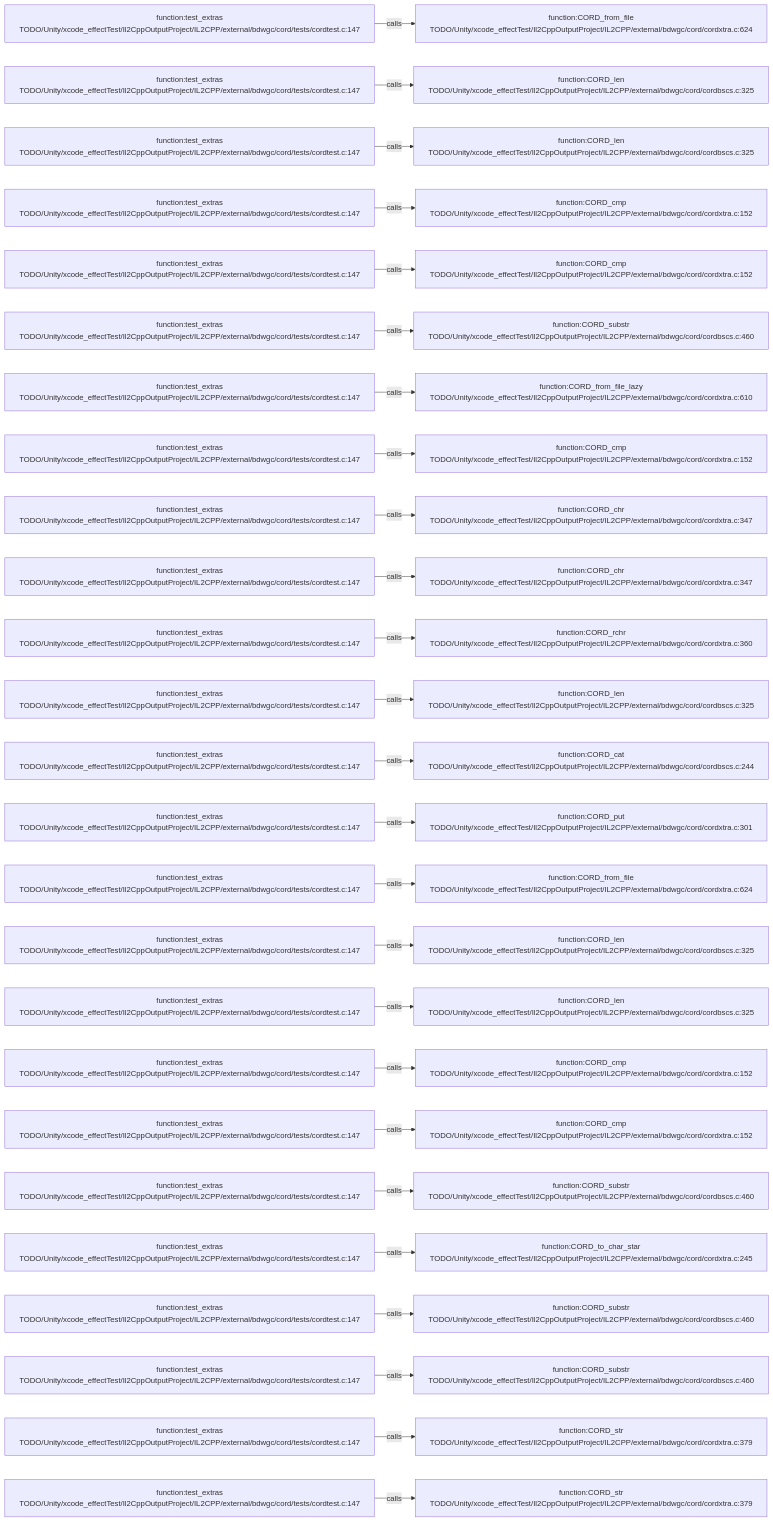
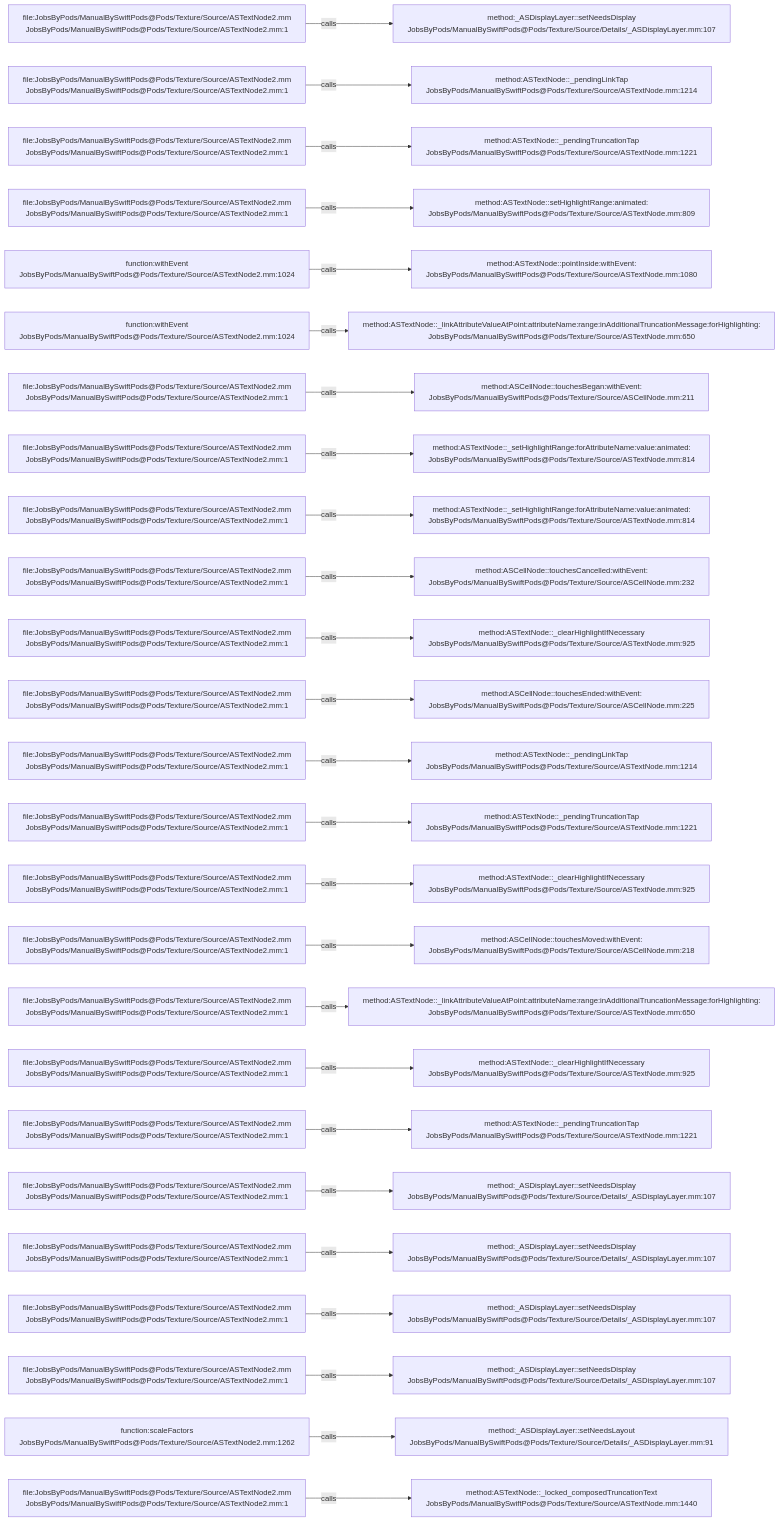
The diagram in .codegraph/codegraph.md/graphs/calls-091.md (JobsKits/JobsSwiftBaseConfigDemo), drawn with Mermaid before and after one commit. The commit also changed 2959 other files, not shown here.

````diff
--- a/.codegraph/codegraph.md/graphs/calls-091.md
+++ b/.codegraph/codegraph.md/graphs/calls-091.md
@@ -13,78 +13,78 @@
 ```mermaid
 flowchart LR
-  S1["function:test_extras<br/>TODO/Unity/xcode_effectTest/Il2CppOutputProject/IL2CPP/external/bdwgc/cord/tests/cordtest.c:147"]
-  T1["function:CORD_from_file<br/>TODO/Unity/xcode_effectTest/Il2CppOutputProject/IL2CPP/external/bdwgc/cord/cordxtra.c:624"]
+  S1["file:JobsByPods/ManualBySwiftPods@Pods/Texture/Source/ASTextNode2.mm<br/>JobsByPods/ManualBySwiftPods@Pods/Texture/Source/ASTextNode2.mm:1"]
+  T1["method:_ASDisplayLayer::setNeedsDisplay<br/>JobsByPods/ManualBySwiftPods@Pods/Texture/Source/Details/_ASDisplayLayer.mm:107"]
   S1 -->|calls| T1
-  S2["function:test_extras<br/>TODO/Unity/xcode_effectTest/Il2CppOutputProject/IL2CPP/external/bdwgc/cord/tests/cordtest.c:147"]
-  T2["function:CORD_len<br/>TODO/Unity/xcode_effectTest/Il2CppOutputProject/IL2CPP/external/bdwgc/cord/cordbscs.c:325"]
+  S2["file:JobsByPods/ManualBySwiftPods@Pods/Texture/Source/ASTextNode2.mm<br/>JobsByPods/ManualBySwiftPods@Pods/Texture/Source/ASTextNode2.mm:1"]
+  T2["method:ASTextNode::_pendingLinkTap<br/>JobsByPods/ManualBySwiftPods@Pods/Texture/Source/ASTextNode.mm:1214"]
   S2 -->|calls| T2
-  S3["function:test_extras<br/>TODO/Unity/xcode_effectTest/Il2CppOutputProject/IL2CPP/external/bdwgc/cord/tests/cordtest.c:147"]
-  T3["function:CORD_len<br/>TODO/Unity/xcode_effectTest/Il2CppOutputProject/IL2CPP/external/bdwgc/cord/cordbscs.c:325"]
+  S3["file:JobsByPods/ManualBySwiftPods@Pods/Texture/Source/ASTextNode2.mm<br/>JobsByPods/ManualBySwiftPods@Pods/Texture/Source/ASTextNode2.mm:1"]
+  T3["method:ASTextNode::_pendingTruncationTap<br/>JobsByPods/ManualBySwiftPods@Pods/Texture/Source/ASTextNode.mm:1221"]
   S3 -->|calls| T3
-  S4["function:test_extras<br/>TODO/Unity/xcode_effectTest/Il2CppOutputProject/IL2CPP/external/bdwgc/cord/tests/cordtest.c:147"]
-  T4["function:CORD_cmp<br/>TODO/Unity/xcode_effectTest/Il2CppOutputProject/IL2CPP/external/bdwgc/cord/cordxtra.c:152"]
+  S4["file:JobsByPods/ManualBySwiftPods@Pods/Texture/Source/ASTextNode2.mm<br/>JobsByPods/ManualBySwiftPods@Pods/Texture/Source/ASTextNode2.mm:1"]
+  T4["method:ASTextNode::setHighlightRange:animated:<br/>JobsByPods/ManualBySwiftPods@Pods/Texture/Source/ASTextNode.mm:809"]
   S4 -->|calls| T4
-  S5["function:test_extras<br/>TODO/Unity/xcode_effectTest/Il2CppOutputProject/IL2CPP/external/bdwgc/cord/tests/cordtest.c:147"]
-  T5["function:CORD_cmp<br/>TODO/Unity/xcode_effectTest/Il2CppOutputProject/IL2CPP/external/bdwgc/cord/cordxtra.c:152"]
+  S5["function:withEvent<br/>JobsByPods/ManualBySwiftPods@Pods/Texture/Source/ASTextNode2.mm:1024"]
+  T5["method:ASTextNode::pointInside:withEvent:<br/>JobsByPods/ManualBySwiftPods@Pods/Texture/Source/ASTextNode.mm:1080"]
   S5 -->|calls| T5
-  S6["function:test_extras<br/>TODO/Unity/xcode_effectTest/Il2CppOutputProject/IL2CPP/external/bdwgc/cord/tests/cordtest.c:147"]
-  T6["function:CORD_substr<br/>TODO/Unity/xcode_effectTest/Il2CppOutputProject/IL2CPP/external/bdwgc/cord/cordbscs.c:460"]
+  S6["function:withEvent<br/>JobsByPods/ManualBySwiftPods@Pods/Texture/Source/ASTextNode2.mm:1024"]
+  T6["method:ASTextNode::_linkAttributeValueAtPoint:attributeName:range:inAdditionalTruncationMessage:forHighlighting:<br/>JobsByPods/ManualBySwiftPods@Pods/Texture/Source/ASTextNode.mm:650"]
   S6 -->|calls| T6
-  S7["function:test_extras<br/>TODO/Unity/xcode_effectTest/Il2CppOutputProject/IL2CPP/external/bdwgc/cord/tests/cordtest.c:147"]
-  T7["function:CORD_from_file_lazy<br/>TODO/Unity/xcode_effectTest/Il2CppOutputProject/IL2CPP/external/bdwgc/cord/cordxtra.c:610"]
+  S7["file:JobsByPods/ManualBySwiftPods@Pods/Texture/Source/ASTextNode2.mm<br/>JobsByPods/ManualBySwiftPods@Pods/Texture/Source/ASTextNode2.mm:1"]
+  T7["method:ASCellNode::touchesBegan:withEvent:<br/>JobsByPods/ManualBySwiftPods@Pods/Texture/Source/ASCellNode.mm:211"]
   S7 -->|calls| T7
-  S8["function:test_extras<br/>TODO/Unity/xcode_effectTest/Il2CppOutputProject/IL2CPP/external/bdwgc/cord/tests/cordtest.c:147"]
-  T8["function:CORD_cmp<br/>TODO/Unity/xcode_effectTest/Il2CppOutputProject/IL2CPP/external/bdwgc/cord/cordxtra.c:152"]
+  S8["file:JobsByPods/ManualBySwiftPods@Pods/Texture/Source/ASTextNode2.mm<br/>JobsByPods/ManualBySwiftPods@Pods/Texture/Source/ASTextNode2.mm:1"]
+  T8["method:ASTextNode::_setHighlightRange:forAttributeName:value:animated:<br/>JobsByPods/ManualBySwiftPods@Pods/Texture/Source/ASTextNode.mm:814"]
   S8 -->|calls| T8
-  S9["function:test_extras<br/>TODO/Unity/xcode_effectTest/Il2CppOutputProject/IL2CPP/external/bdwgc/cord/tests/cordtest.c:147"]
-  T9["function:CORD_chr<br/>TODO/Unity/xcode_effectTest/Il2CppOutputProject/IL2CPP/external/bdwgc/cord/cordxtra.c:347"]
+  S9["file:JobsByPods/ManualBySwiftPods@Pods/Texture/Source/ASTextNode2.mm<br/>JobsByPods/ManualBySwiftPods@Pods/Texture/Source/ASTextNode2.mm:1"]
+  T9["method:ASTextNode::_setHighlightRange:forAttributeName:value:animated:<br/>JobsByPods/ManualBySwiftPods@Pods/Texture/Source/ASTextNode.mm:814"]
   S9 -->|calls| T9
-  S10["function:test_extras<br/>TODO/Unity/xcode_effectTest/Il2CppOutputProject/IL2CPP/external/bdwgc/cord/tests/cordtest.c:147"]
-  T10["function:CORD_chr<br/>TODO/Unity/xcode_effectTest/Il2CppOutputProject/IL2CPP/external/bdwgc/cord/cordxtra.c:347"]
+  S10["file:JobsByPods/ManualBySwiftPods@Pods/Texture/Source/ASTextNode2.mm<br/>JobsByPods/ManualBySwiftPods@Pods/Texture/Source/ASTextNode2.mm:1"]
+  T10["method:ASCellNode::touchesCancelled:withEvent:<br/>JobsByPods/ManualBySwiftPods@Pods/Texture/Source/ASCellNode.mm:232"]
   S10 -->|calls| T10
-  S11["function:test_extras<br/>TODO/Unity/xcode_effectTest/Il2CppOutputProject/IL2CPP/external/bdwgc/cord/tests/cordtest.c:147"]
-  T11["function:CORD_rchr<br/>TODO/Unity/xcode_effectTest/Il2CppOutputProject/IL2CPP/external/bdwgc/cord/cordxtra.c:360"]
+  S11["file:JobsByPods/ManualBySwiftPods@Pods/Texture/Source/ASTextNode2.mm<br/>JobsByPods/ManualBySwiftPods@Pods/Texture/Source/ASTextNode2.mm:1"]
+  T11["method:ASTextNode::_clearHighlightIfNecessary<br/>JobsByPods/ManualBySwiftPods@Pods/Texture/Source/ASTextNode.mm:925"]
   S11 -->|calls| T11
-  S12["function:test_extras<br/>TODO/Unity/xcode_effectTest/Il2CppOutputProject/IL2CPP/external/bdwgc/cord/tests/cordtest.c:147"]
-  T12["function:CORD_len<br/>TODO/Unity/xcode_effectTest/Il2CppOutputProject/IL2CPP/external/bdwgc/cord/cordbscs.c:325"]
+  S12["file:JobsByPods/ManualBySwiftPods@Pods/Texture/Source/ASTextNode2.mm<br/>JobsByPods/ManualBySwiftPods@Pods/Texture/Source/ASTextNode2.mm:1"]
+  T12["method:ASCellNode::touchesEnded:withEvent:<br/>JobsByPods/ManualBySwiftPods@Pods/Texture/Source/ASCellNode.mm:225"]
   S12 -->|calls| T12
-  S13["function:test_extras<br/>TODO/Unity/xcode_effectTest/Il2CppOutputProject/IL2CPP/external/bdwgc/cord/tests/cordtest.c:147"]
-  T13["function:CORD_cat<br/>TODO/Unity/xcode_effectTest/Il2CppOutputProject/IL2CPP/external/bdwgc/cord/cordbscs.c:244"]
+  S13["file:JobsByPods/ManualBySwiftPods@Pods/Texture/Source/ASTextNode2.mm<br/>JobsByPods/ManualBySwiftPods@Pods/Texture/Source/ASTextNode2.mm:1"]
+  T13["method:ASTextNode::_pendingLinkTap<br/>JobsByPods/ManualBySwiftPods@Pods/Texture/Source/ASTextNode.mm:1214"]
   S13 -->|calls| T13
-  S14["function:test_extras<br/>TODO/Unity/xcode_effectTest/Il2CppOutputProject/IL2CPP/external/bdwgc/cord/tests/cordtest.c:147"]
-  T14["function:CORD_put<br/>TODO/Unity/xcode_effectTest/Il2CppOutputProject/IL2CPP/external/bdwgc/cord/cordxtra.c:301"]
+  S14["file:JobsByPods/ManualBySwiftPods@Pods/Texture/Source/ASTextNode2.mm<br/>JobsByPods/ManualBySwiftPods@Pods/Texture/Source/ASTextNode2.mm:1"]
+  T14["method:ASTextNode::_pendingTruncationTap<br/>JobsByPods/ManualBySwiftPods@Pods/Texture/Source/ASTextNode.mm:1221"]
   S14 -->|calls| T14
-  S15["function:test_extras<br/>TODO/Unity/xcode_effectTest/Il2CppOutputProject/IL2CPP/external/bdwgc/cord/tests/cordtest.c:147"]
-  T15["function:CORD_from_file<br/>TODO/Unity/xcode_effectTest/Il2CppOutputProject/IL2CPP/external/bdwgc/cord/cordxtra.c:624"]
+  S15["file:JobsByPods/ManualBySwiftPods@Pods/Texture/Source/ASTextNode2.mm<br/>JobsByPods/ManualBySwiftPods@Pods/Texture/Source/ASTextNode2.mm:1"]
+  T15["method:ASTextNode::_clearHighlightIfNecessary<br/>JobsByPods/ManualBySwiftPods@Pods/Texture/Source/ASTextNode.mm:925"]
   S15 -->|calls| T15
-  S16["function:test_extras<br/>TODO/Unity/xcode_effectTest/Il2CppOutputProject/IL2CPP/external/bdwgc/cord/tests/cordtest.c:147"]
-  T16["function:CORD_len<br/>TODO/Unity/xcode_effectTest/Il2CppOutputProject/IL2CPP/external/bdwgc/cord/cordbscs.c:325"]
+  S16["file:JobsByPods/ManualBySwiftPods@Pods/Texture/Source/ASTextNode2.mm<br/>JobsByPods/ManualBySwiftPods@Pods/Texture/Source/ASTextNode2.mm:1"]
+  T16["method:ASCellNode::touchesMoved:withEvent:<br/>JobsByPods/ManualBySwiftPods@Pods/Texture/Source/ASCellNode.mm:218"]
   S16 -->|calls| T16
-  S17["function:test_extras<br/>TODO/Unity/xcode_effectTest/Il2CppOutputProject/IL2CPP/external/bdwgc/cord/tests/cordtest.c:147"]
-  T17["function:CORD_len<br/>TODO/Unity/xcode_effectTest/Il2CppOutputProject/IL2CPP/external/bdwgc/cord/cordbscs.c:325"]
+  S17["file:JobsByPods/ManualBySwiftPods@Pods/Texture/Source/ASTextNode2.mm<br/>JobsByPods/ManualBySwiftPods@Pods/Texture/Source/ASTextNode2.mm:1"]
+  T17["method:ASTextNode::_linkAttributeValueAtPoint:attributeName:range:inAdditionalTruncationMessage:forHighlighting:<br/>JobsByPods/ManualBySwiftPods@Pods/Texture/Source/ASTextNode.mm:650"]
   S17 -->|calls| T17
-  S18["function:test_extras<br/>TODO/Unity/xcode_effectTest/Il2CppOutputProject/IL2CPP/external/bdwgc/cord/tests/cordtest.c:147"]
-  T18["function:CORD_cmp<br/>TODO/Unity/xcode_effectTest/Il2CppOutputProject/IL2CPP/external/bdwgc/cord/cordxtra.c:152"]
+  S18["file:JobsByPods/ManualBySwiftPods@Pods/Texture/Source/ASTextNode2.mm<br/>JobsByPods/ManualBySwiftPods@Pods/Texture/Source/ASTextNode2.mm:1"]
+  T18["method:ASTextNode::_clearHighlightIfNecessary<br/>JobsByPods/ManualBySwiftPods@Pods/Texture/Source/ASTextNode.mm:925"]
   S18 -->|calls| T18
-  S19["function:test_extras<br/>TODO/Unity/xcode_effectTest/Il2CppOutputProject/IL2CPP/external/bdwgc/cord/tests/cordtest.c:147"]
-  T19["function:CORD_cmp<br/>TODO/Unity/xcode_effectTest/Il2CppOutputProject/IL2CPP/external/bdwgc/cord/cordxtra.c:152"]
+  S19["file:JobsByPods/ManualBySwiftPods@Pods/Texture/Source/ASTextNode2.mm<br/>JobsByPods/ManualBySwiftPods@Pods/Texture/Source/ASTextNode2.mm:1"]
+  T19["method:ASTextNode::_pendingTruncationTap<br/>JobsByPods/ManualBySwiftPods@Pods/Texture/Source/ASTextNode.mm:1221"]
   S19 -->|calls| T19
-  S20["function:test_extras<br/>TODO/Unity/xcode_effectTest/Il2CppOutputProject/IL2CPP/external/bdwgc/cord/tests/cordtest.c:147"]
-  T20["function:CORD_substr<br/>TODO/Unity/xcode_effectTest/Il2CppOutputProject/IL2CPP/external/bdwgc/cord/cordbscs.c:460"]
+  S20["file:JobsByPods/ManualBySwiftPods@Pods/Texture/Source/ASTextNode2.mm<br/>JobsByPods/ManualBySwiftPods@Pods/Texture/Source/ASTextNode2.mm:1"]
+  T20["method:_ASDisplayLayer::setNeedsDisplay<br/>JobsByPods/ManualBySwiftPods@Pods/Texture/Source/Details/_ASDisplayLayer.mm:107"]
   S20 -->|calls| T20
-  S21["function:test_extras<br/>TODO/Unity/xcode_effectTest/Il2CppOutputProject/IL2CPP/external/bdwgc/cord/tests/cordtest.c:147"]
-  T21["function:CORD_to_char_star<br/>TODO/Unity/xcode_effectTest/Il2CppOutputProject/IL2CPP/external/bdwgc/cord/cordxtra.c:245"]
+  S21["file:JobsByPods/ManualBySwiftPods@Pods/Texture/Source/ASTextNode2.mm<br/>JobsByPods/ManualBySwiftPods@Pods/Texture/Source/ASTextNode2.mm:1"]
+  T21["method:_ASDisplayLayer::setNeedsDisplay<br/>JobsByPods/ManualBySwiftPods@Pods/Texture/Source/Details/_ASDisplayLayer.mm:107"]
   S21 -->|calls| T21
-  S22["function:test_extras<br/>TODO/Unity/xcode_effectTest/Il2CppOutputProject/IL2CPP/external/bdwgc/cord/tests/cordtest.c:147"]
-  T22["function:CORD_substr<br/>TODO/Unity/xcode_effectTest/Il2CppOutputProject/IL2CPP/external/bdwgc/cord/cordbscs.c:460"]
+  S22["file:JobsByPods/ManualBySwiftPods@Pods/Texture/Source/ASTextNode2.mm<br/>JobsByPods/ManualBySwiftPods@Pods/Texture/Source/ASTextNode2.mm:1"]
+  T22["method:_ASDisplayLayer::setNeedsDisplay<br/>JobsByPods/ManualBySwiftPods@Pods/Texture/Source/Details/_ASDisplayLayer.mm:107"]
   S22 -->|calls| T22
-  S23["function:test_extras<br/>TODO/Unity/xcode_effectTest/Il2CppOutputProject/IL2CPP/external/bdwgc/cord/tests/cordtest.c:147"]
-  T23["function:CORD_substr<br/>TODO/Unity/xcode_effectTest/Il2CppOutputProject/IL2CPP/external/bdwgc/cord/cordbscs.c:460"]
+  S23["file:JobsByPods/ManualBySwiftPods@Pods/Texture/Source/ASTextNode2.mm<br/>JobsByPods/ManualBySwiftPods@Pods/Texture/Source/ASTextNode2.mm:1"]
+  T23["method:_ASDisplayLayer::setNeedsDisplay<br/>JobsByPods/ManualBySwiftPods@Pods/Texture/Source/Details/_ASDisplayLayer.mm:107"]
   S23 -->|calls| T23
-  S24["function:test_extras<br/>TODO/Unity/xcode_effectTest/Il2CppOutputProject/IL2CPP/external/bdwgc/cord/tests/cordtest.c:147"]
-  T24["function:CORD_str<br/>TODO/Unity/xcode_effectTest/Il2CppOutputProject/IL2CPP/external/bdwgc/cord/cordxtra.c:379"]
+  S24["function:scaleFactors<br/>JobsByPods/ManualBySwiftPods@Pods/Texture/Source/ASTextNode2.mm:1262"]
+  T24["method:_ASDisplayLayer::setNeedsLayout<br/>JobsByPods/ManualBySwiftPods@Pods/Texture/Source/Details/_ASDisplayLayer.mm:91"]
   S24 -->|calls| T24
-  S25["function:test_extras<br/>TODO/Unity/xcode_effectTest/Il2CppOutputProject/IL2CPP/external/bdwgc/cord/tests/cordtest.c:147"]
-  T25["function:CORD_str<br/>TODO/Unity/xcode_effectTest/Il2CppOutputProject/IL2CPP/external/bdwgc/cord/cordxtra.c:379"]
+  S25["file:JobsByPods/ManualBySwiftPods@Pods/Texture/Source/ASTextNode2.mm<br/>JobsByPods/ManualBySwiftPods@Pods/Texture/Source/ASTextNode2.mm:1"]
+  T25["method:ASTextNode::_locked_composedTruncationText<br/>JobsByPods/ManualBySwiftPods@Pods/Texture/Source/ASTextNode.mm:1440"]
   S25 -->|calls| T25
 ```
````
